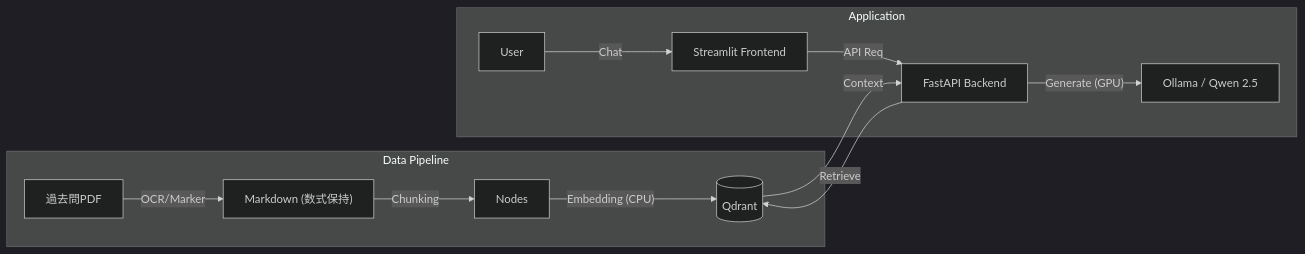
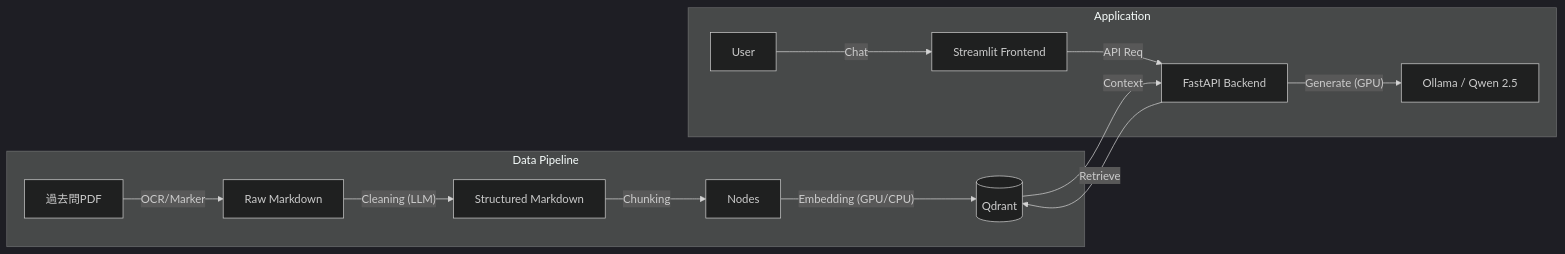
One commit to meister20h38/grad-exam-rag changed the diagram in README.md. Above: the diagram before and after it, drawn with Mermaid (dark theme). The commit also changed other lines of this file and 1 other file, not shown here.

````diff
--- a/README.md
+++ b/README.md
@@ -21,16 +21,17 @@
 ```mermaid
 graph LR
     subgraph Data Pipeline
-        PDF[過去問PDF] -->|OCR/Marker| MD["Markdown (数式保持)"]
-        MD -->|Chunking| Nodes
-        Nodes -->|"Embedding (CPU)"| VectorDB[(Qdrant)]
+        PDF[過去問PDF] -->|OCR/Marker| RawMD[Raw Markdown]
+        RawMD -->|"Cleaning (LLM)"| CleanMD["Structured Markdown"]
+        CleanMD -->|Chunking| Nodes
+        Nodes -->|"Embedding (GPU/CPU)"| VectorDB[(Qdrant)]
     end
 
     subgraph Application
         User -->|Chat| UI[Streamlit Frontend]
         UI -->|API Req| API[FastAPI Backend]
         API -->|Retrieve| VectorDB
         VectorDB -->|Context| API
         API -->|"Generate (GPU)"| LLM["Ollama / Qwen 2.5"]
     end
 ```
````
